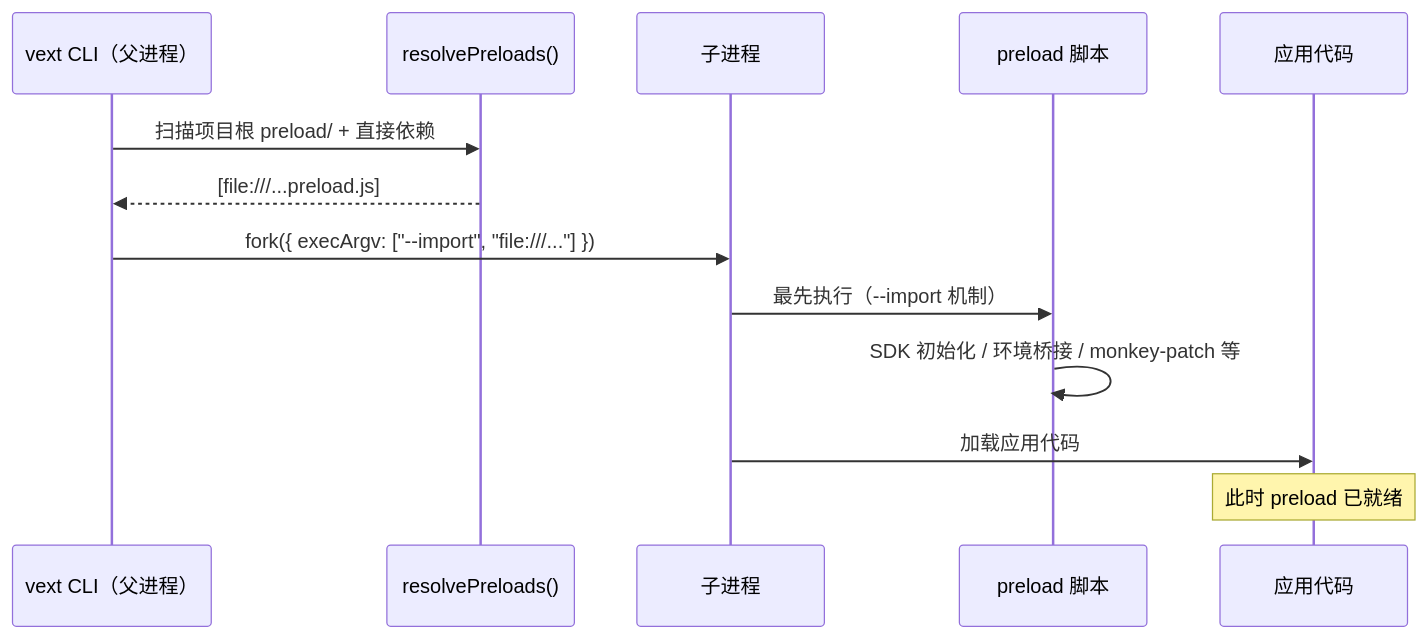
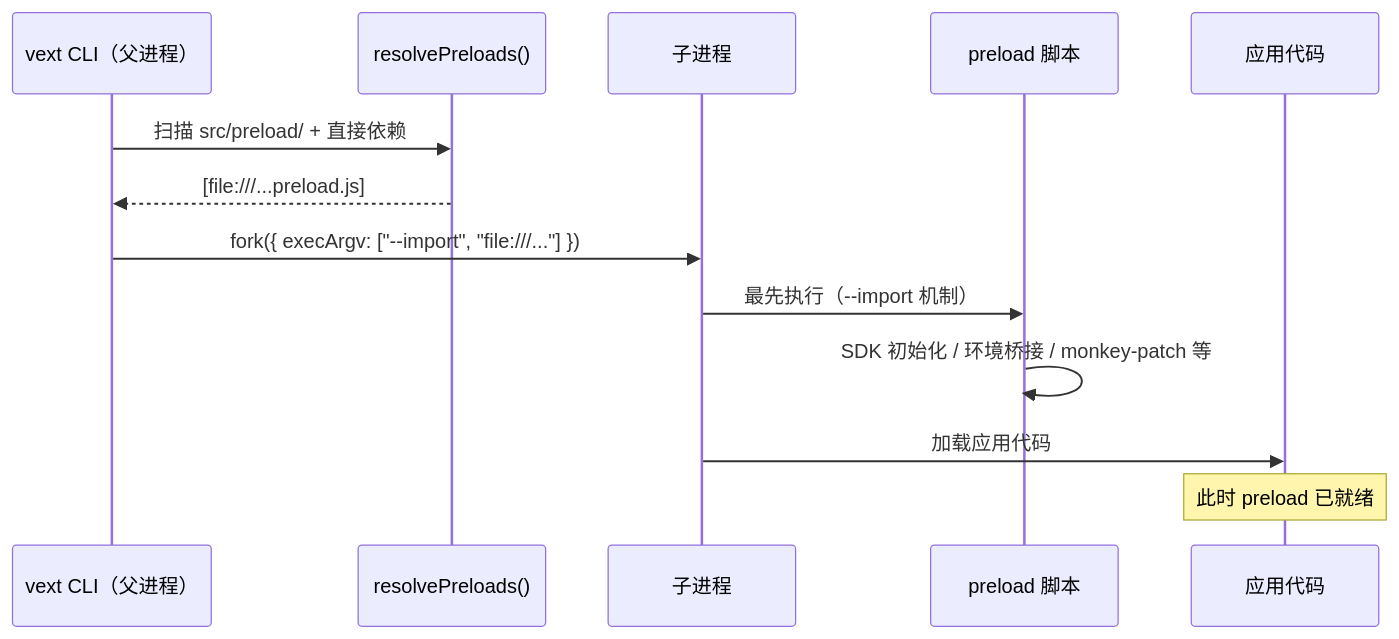
The diagram in website/docs/zh/guide/preload.md (devcodex-labs/vextjs), drawn with Mermaid before and after one commit. The commit also changed other lines of this file and 93 other files, not shown here.

````diff
--- a/website/docs/zh/guide/preload.md
+++ b/website/docs/zh/guide/preload.md
@@ -45,16 +45,16 @@
 ```mermaid
 sequenceDiagram
     participant CLI as vext CLI（父进程）
     participant PR as resolvePreloads()
     participant Child as 子进程
     participant Script as preload 脚本
     participant App as 应用代码
 
-    CLI->>PR: 扫描项目根 preload/ + 直接依赖
+    CLI->>PR: 扫描 src/preload/ + 直接依赖
     PR-->>CLI: [file:///...preload.js]
     CLI->>Child: fork({ execArgv: ["--import", "file:///..."] })
     Child->>Script: 最先执行（--import 机制）
     Script->>Script: SDK 初始化 / 环境桥接 / monkey-patch 等
     Child->>App: 加载应用代码
     Note over App: 此时 preload 已就绪
 ```
````
